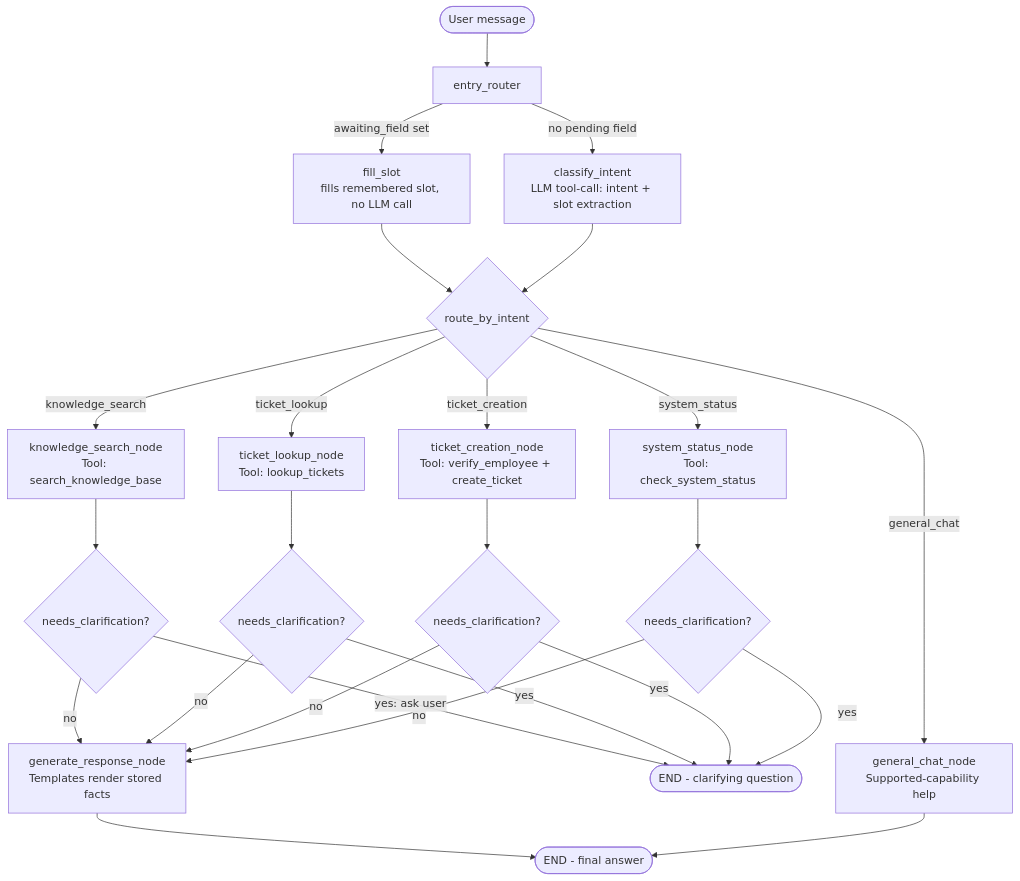
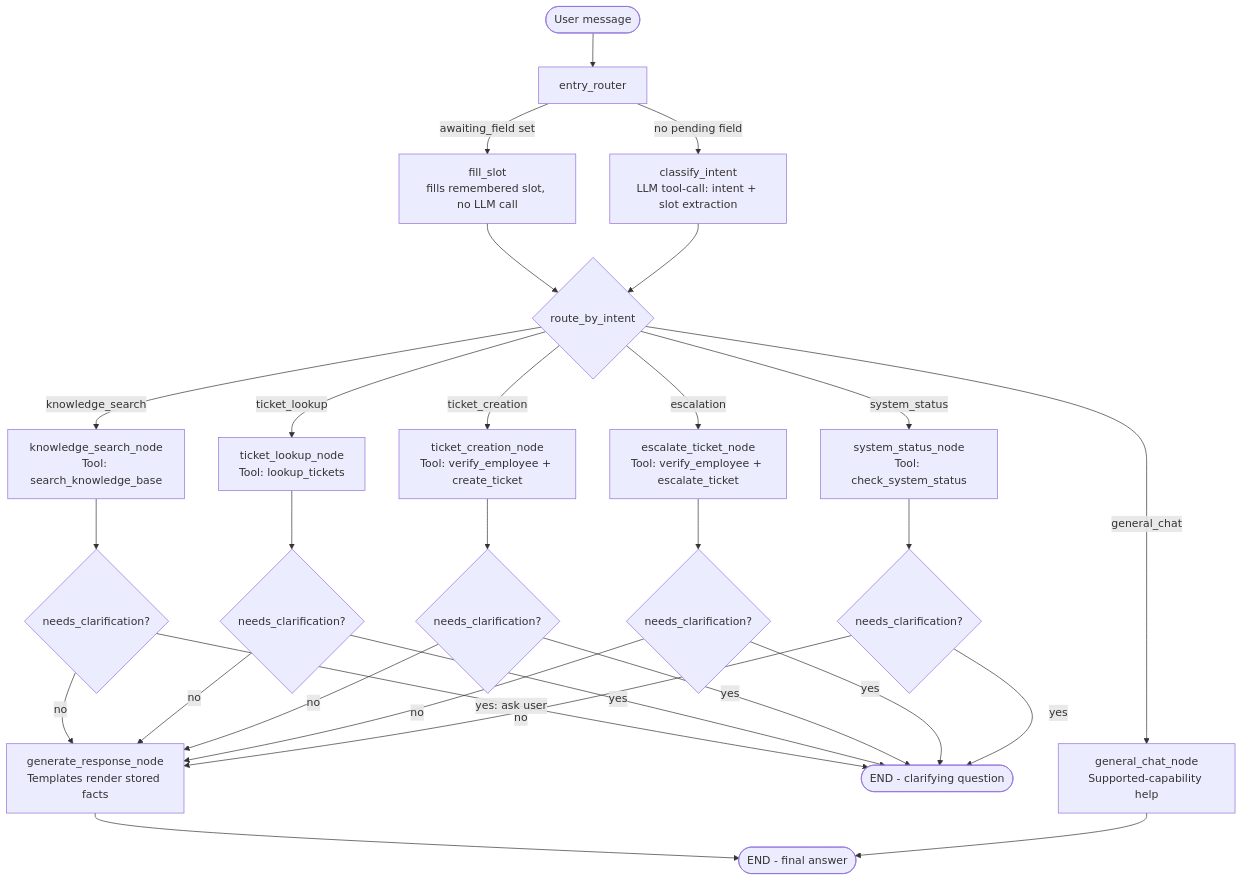
Before and after one commit to rasingod/ai-it-support-assistant: the diagram in README.md, drawn with Mermaid. The commit also changed other lines of this file and 1 other file, not shown here.

````diff
--- a/README.md
+++ b/README.md
@@ -34,32 +34,36 @@
 ```mermaid
 flowchart TD
     START([User message]) --> ENTRY[entry_router]
     ENTRY -->|awaiting_field set| FILL[fill_slot<br/>fills remembered slot, no LLM call]
     ENTRY -->|no pending field| CLASSIFY[classify_intent<br/>LLM tool-call: intent + slot extraction]
 
     FILL --> ROUTE{route_by_intent}
     CLASSIFY --> ROUTE
 
     ROUTE -->|knowledge_search| KB[knowledge_search_node<br/>Tool: search_knowledge_base]
     ROUTE -->|ticket_lookup| LOOKUP[ticket_lookup_node<br/>Tool: lookup_tickets]
     ROUTE -->|ticket_creation| CREATE[ticket_creation_node<br/>Tool: verify_employee + create_ticket]
+    ROUTE -->|escalation| ESCALATE[escalate_ticket_node<br/>Tool: verify_employee + escalate_ticket]
     ROUTE -->|system_status| STATUS[system_status_node<br/>Tool: check_system_status]
     ROUTE -->|general_chat| CHAT[general_chat_node<br/>Supported-capability help]
 
     KB --> CLAR1{needs_clarification?}
     LOOKUP --> CLAR2{needs_clarification?}
     CREATE --> CLAR3{needs_clarification?}
+    ESCALATE --> CLAR5{needs_clarification?}
     STATUS --> CLAR4{needs_clarification?}
 
     CLAR1 -->|yes: ask user| END1([END - clarifying question])
     CLAR1 -->|no| GEN[generate_response_node<br/>Templates render stored facts]
     CLAR2 -->|yes| END1
     CLAR2 -->|no| GEN
     CLAR3 -->|yes| END1
     CLAR3 -->|no| GEN
+    CLAR5 -->|yes| END1
+    CLAR5 -->|no| GEN
     CLAR4 -->|yes| END1
     CLAR4 -->|no| GEN
 
     GEN --> END2([END - final answer])
     CHAT --> END2
 ```
````
